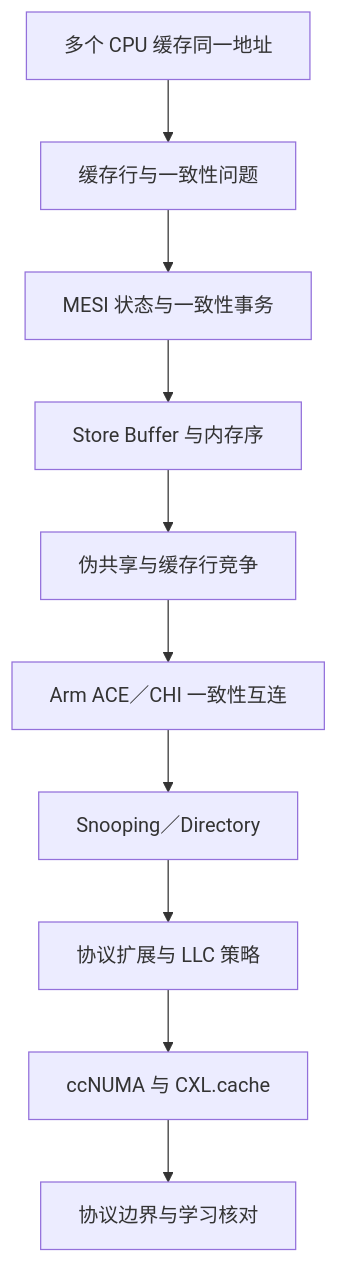
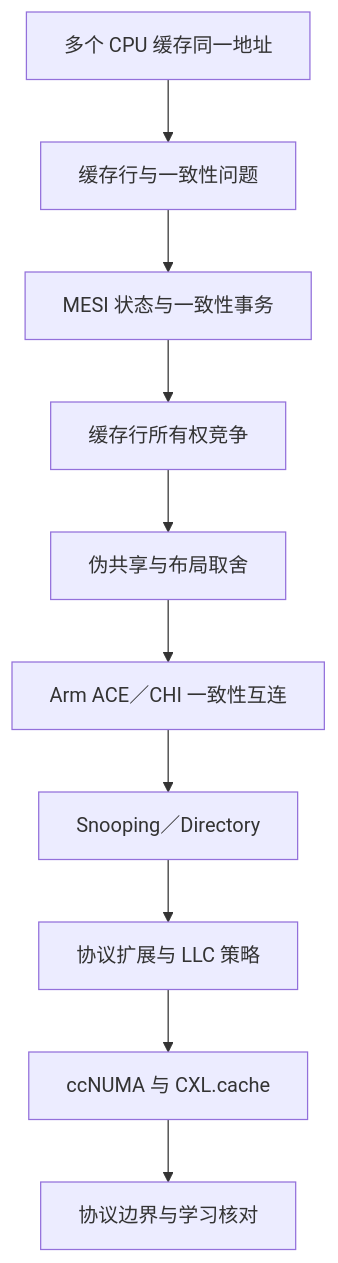
Before and after one commit to FormingSystem/linux_note: the diagram in knowledge/foundations/computer_architecture/cache_coherence/大纲.md, drawn with Mermaid. The commit also changed other lines of this file and 25 other files, not shown here.

````diff
--- a/knowledge/foundations/computer_architecture/cache_coherence/大纲.md
+++ b/knowledge/foundations/computer_architecture/cache_coherence/大纲.md
@@ -19,12 +19,12 @@
 ```mermaid
 flowchart TD
     A[多个 CPU 缓存同一地址] --> B[缓存行与一致性问题]
     B --> C[MESI 状态与一致性事务]
-    C --> D[Store Buffer 与内存序]
-    D --> E[伪共享与缓存行竞争]
+    C --> D[缓存行所有权竞争]
+    D --> E[伪共享与布局取舍]
     E --> F[Arm ACE／CHI 一致性互连]
     F --> G[Snooping／Directory]
     G --> H[协议扩展与 LLC 策略]
     H --> I[ccNUMA 与 CXL.cache]
     I --> J[协议边界与学习核对]
 ```
````
